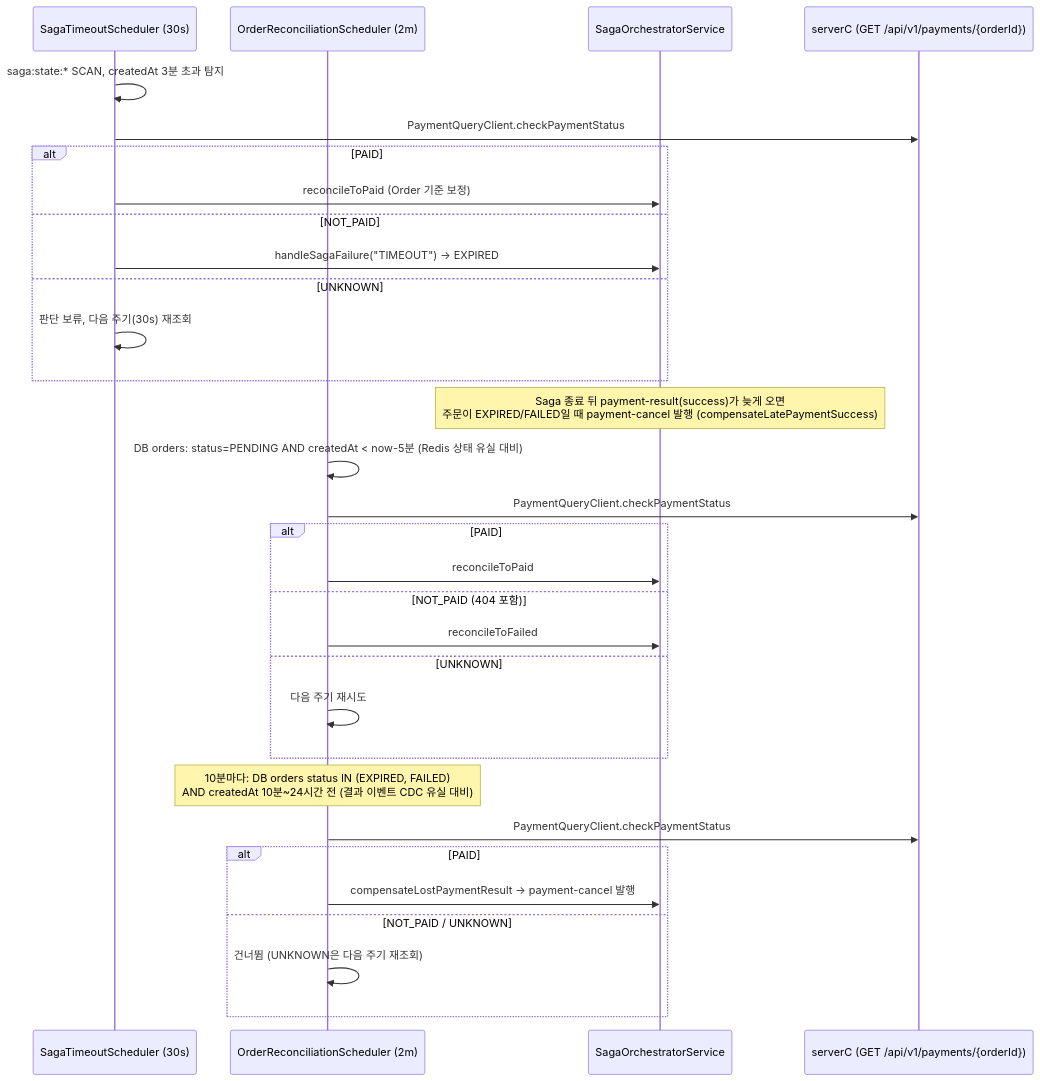
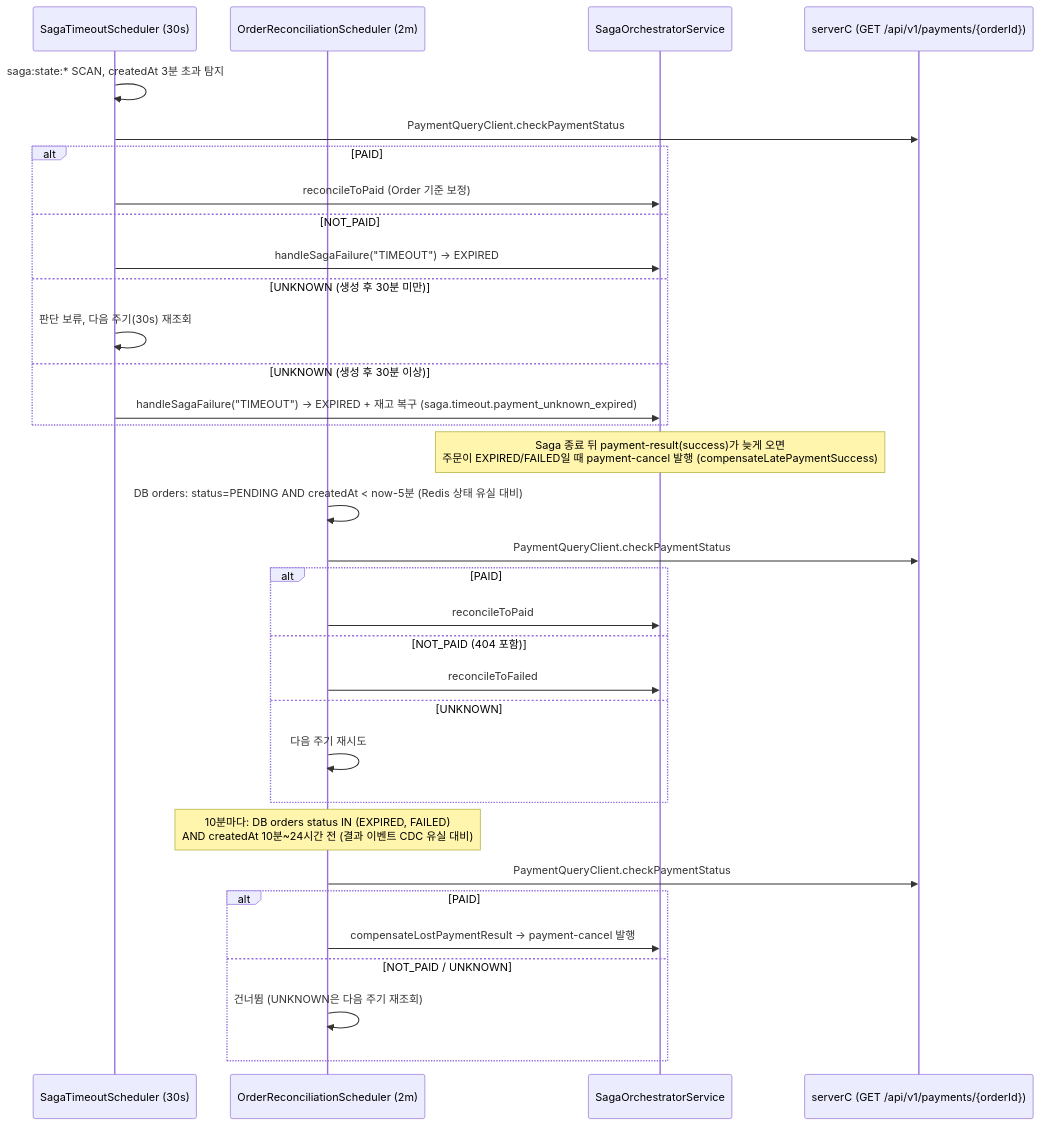
Before and after one commit to michi2012/goods-promotion-project: the second of 2 diagrams in docs/arch-snapshot.md, drawn with Mermaid. The commit also changed other lines of this file and 7 other files, not shown here.

````diff
--- a/docs/arch-snapshot.md
+++ b/docs/arch-snapshot.md
@@ -95,37 +95,39 @@
 ```mermaid
 sequenceDiagram
     participant T as SagaTimeoutScheduler (30s)
     participant R as OrderReconciliationScheduler (2m)
     participant A as SagaOrchestratorService
     participant SC as serverC (GET /api/v1/payments/{orderId})
 
     T->>T: saga:state:* SCAN, createdAt 3분 초과 탐지
     T->>SC: PaymentQueryClient.checkPaymentStatus
     alt PAID
         T->>A: reconcileToPaid (Order 기준 보정)
     else NOT_PAID
         T->>A: handleSagaFailure("TIMEOUT") → EXPIRED
-    else UNKNOWN
+    else UNKNOWN (생성 후 30분 미만)
         T->>T: 판단 보류, 다음 주기(30s) 재조회
+    else UNKNOWN (생성 후 30분 이상)
+        T->>A: handleSagaFailure("TIMEOUT") → EXPIRED + 재고 복구 (saga.timeout.payment_unknown_expired)
     end
 
     Note over A: Saga 종료 뒤 payment-result(success)가 늦게 오면<br/>주문이 EXPIRED/FAILED일 때 payment-cancel 발행 (compensateLatePaymentSuccess)
 
     R->>R: DB orders: status=PENDING AND createdAt < now-5분 (Redis 상태 유실 대비)
     R->>SC: PaymentQueryClient.checkPaymentStatus
     alt PAID
         R->>A: reconcileToPaid
     else NOT_PAID (404 포함)
         R->>A: reconcileToFailed
     else UNKNOWN
         R->>R: 다음 주기 재시도
     end
 
     Note over R: 10분마다: DB orders status IN (EXPIRED, FAILED)<br/>AND createdAt 10분~24시간 전 (결과 이벤트 CDC 유실 대비)
     R->>SC: PaymentQueryClient.checkPaymentStatus
     alt PAID
         R->>A: compensateLostPaymentResult → payment-cancel 발행
     else NOT_PAID / UNKNOWN
         R->>R: 건너뜀 (UNKNOWN은 다음 주기 재조회)
     end
 ```
````
